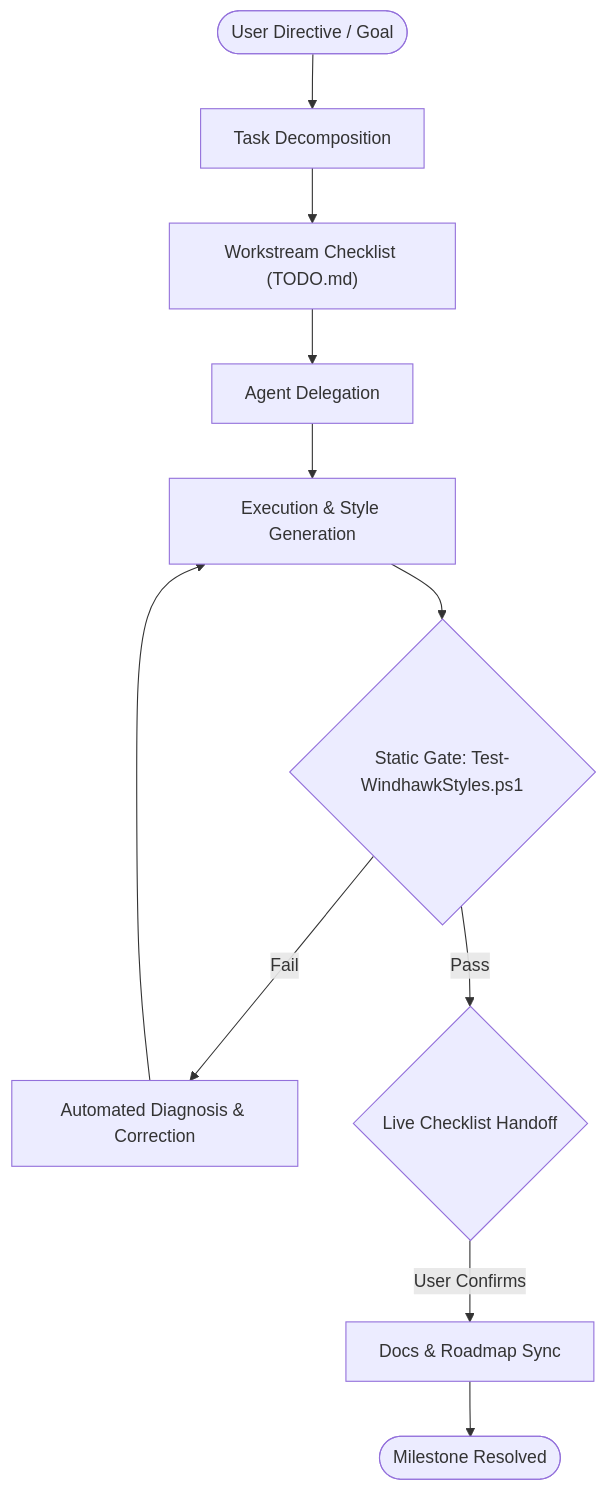
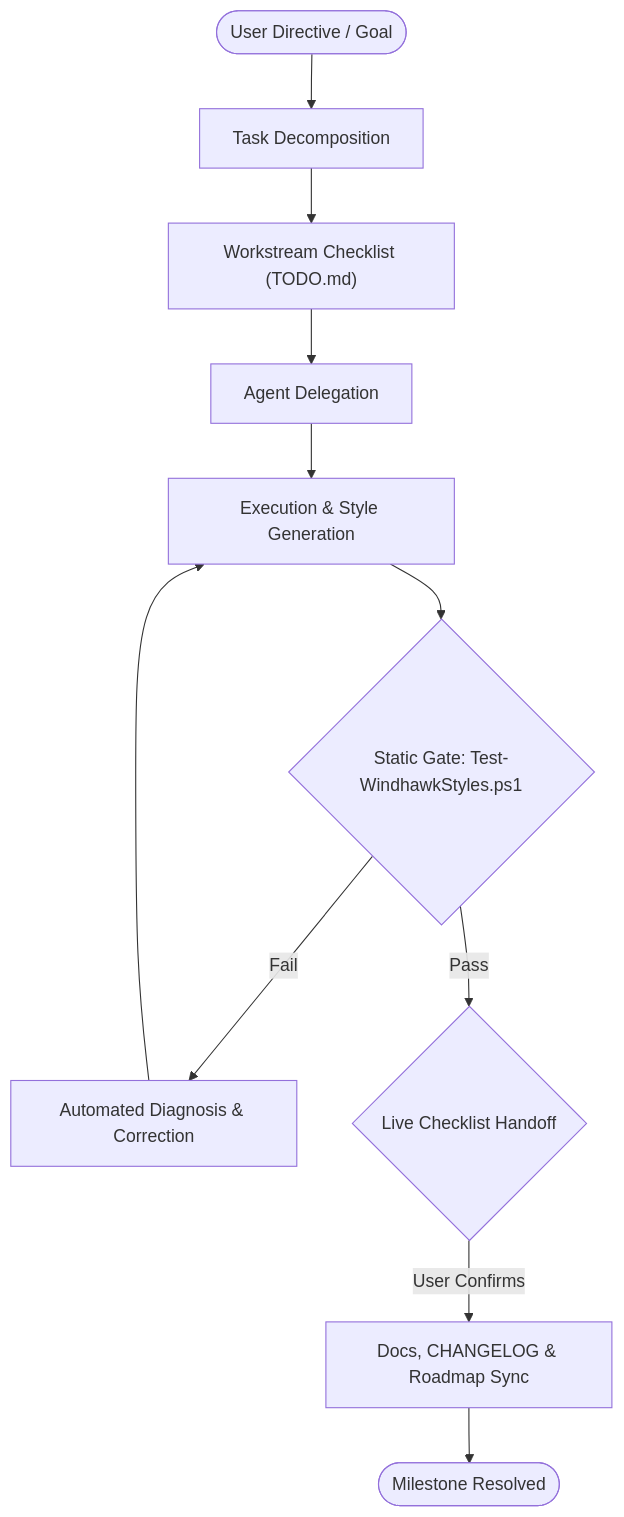
The diagram in .agents/agents/orchestrator/orchestrator.md (HELIX-Origin/Windhawk-Command-Center-Suite), drawn with Mermaid before and after one commit. The commit also changed other lines of this file and 22 other files, not shown here.

First line of the commit message:
feat: Update Style Architect and sub-agents documentation for deferred File Explorer work

````diff
--- a/.agents/agents/orchestrator/orchestrator.md
+++ b/.agents/agents/orchestrator/orchestrator.md
@@ -21,13 +21,13 @@
 ```mermaid
 flowchart TD
     UserGoal(["User Directive / Goal"]) --> Decompose["Task Decomposition"]
     Decompose --> Workstreams["Workstream Checklist (TODO.md)"]
     Workstreams --> Assign["Agent Delegation"]
     Assign --> Exec["Execution & Style Generation"]
     Exec --> StaticGate{"Static Gate: Test-WindhawkStyles.ps1"}
     StaticGate -->|"Fail"| Rollback["Automated Diagnosis & Correction"]
     Rollback --> Exec
     StaticGate -->|"Pass"| LiveGate{"Live Checklist Handoff"}
-    LiveGate -->|"User Confirms"| Sync["Docs & Roadmap Sync"]
+    LiveGate -->|"User Confirms"| Sync["Docs, CHANGELOG & Roadmap Sync"]
     Sync --> Done(["Milestone Resolved"])
 ```
````
